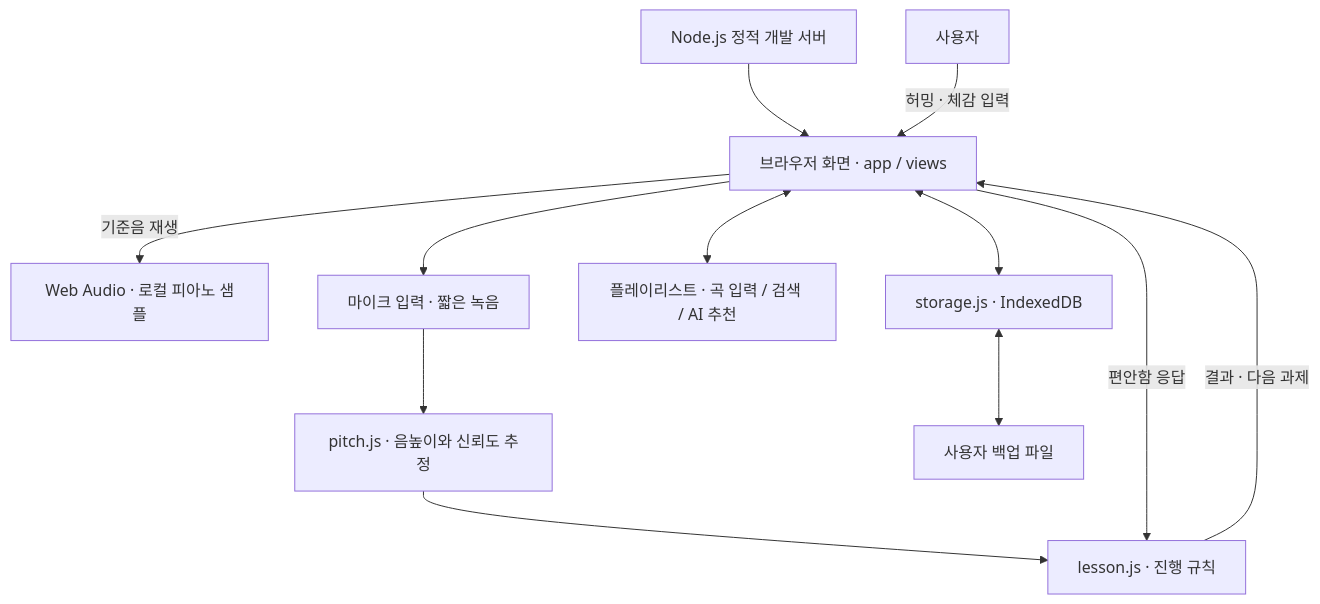
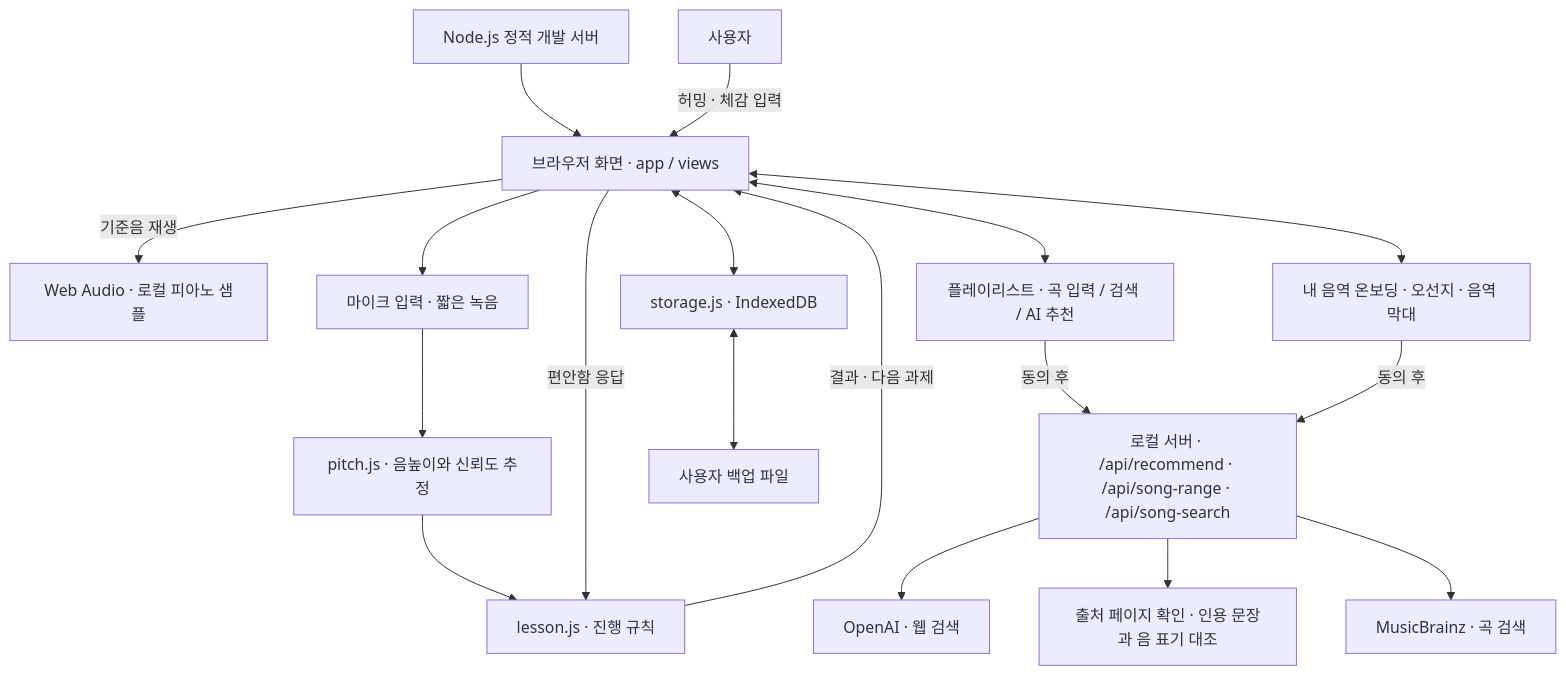
The first of 2 diagrams in docs/architecture.md (Yoonsung-kor/SING), drawn with Mermaid before and after one commit. The commit also changed other lines of this file and 5 other files, not shown here.

Commit message:
chore: range check scripts, docs and storage round-trip for voice profiles

````diff
--- a/docs/architecture.md
+++ b/docs/architecture.md
@@ -7,14 +7,20 @@
 ```mermaid
 flowchart TD
     Static[Node.js 정적 개발 서버] --> UI[브라우저 화면 · app / views]
     User[사용자] -->|허밍 · 체감 입력| UI
     UI -->|기준음 재생| Piano[Web Audio · 로컬 피아노 샘플]
     UI --> Capture[마이크 입력 · 짧은 녹음]
     Capture --> Pitch[pitch.js · 음높이와 신뢰도 추정]
     Pitch --> Lesson[lesson.js · 진행 규칙]
     UI -->|편안함 응답| Lesson
     Lesson -->|결과 · 다음 과제| UI
     UI <--> Songs[플레이리스트 · 곡 입력 / 검색 / AI 추천]
+    UI <--> Voice[내 음역 온보딩 · 오선지 · 음역 막대]
+    Songs -->|동의 후| Server[로컬 서버 · /api/recommend · /api/song-range · /api/song-search]
+    Voice -->|동의 후| Server
+    Server --> OpenAI[OpenAI · 웹 검색]
+    Server --> Check[출처 페이지 확인 · 인용 문장과 음 표기 대조]
+    Server --> MB[MusicBrainz · 곡 검색]
     UI <--> Store[storage.js · IndexedDB]
     Store <--> Backup[사용자 백업 파일]
 ```
````
